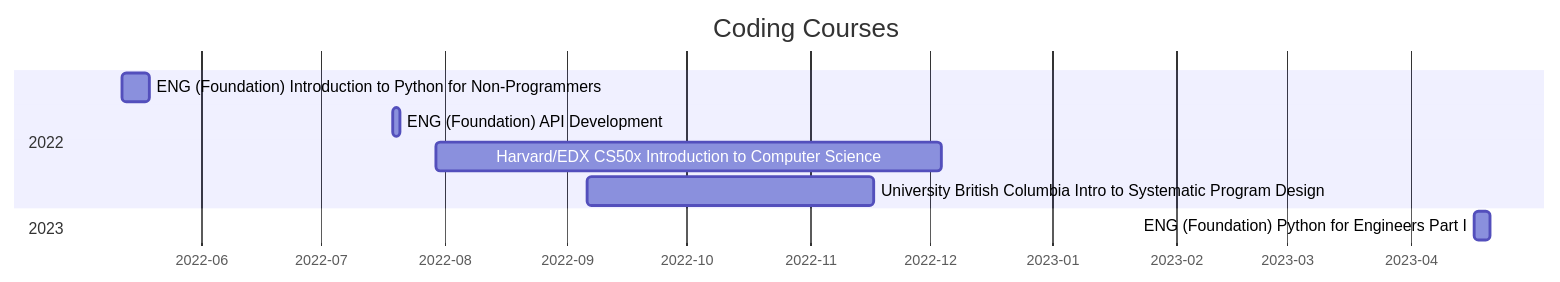
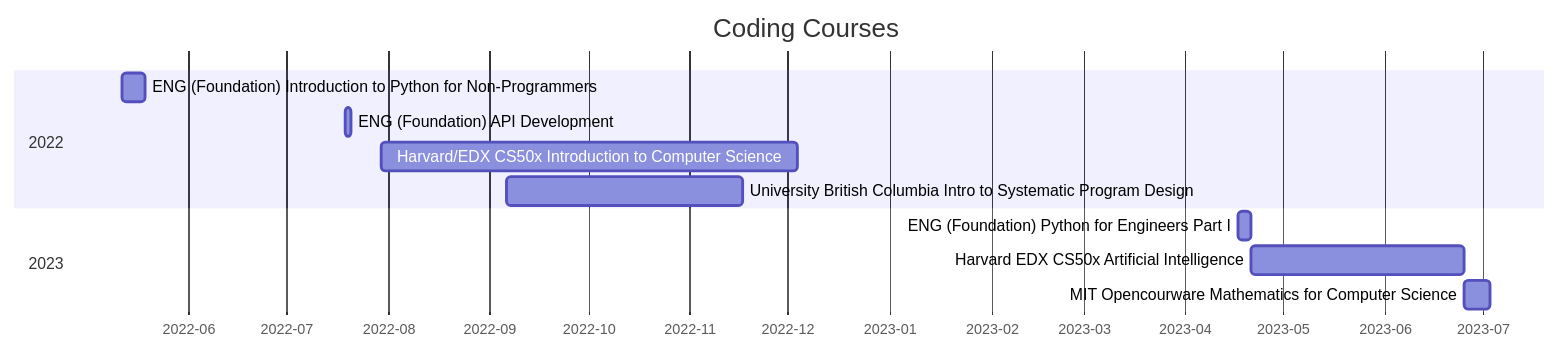
The diagram in README.md (CodyCardinal/My-Learning-Journey), drawn with Mermaid before and after one commit. The commit also changed other lines of this file, not shown here.

````diff
--- a/README.md
+++ b/README.md
@@ -3,16 +3,18 @@
 ```mermaid
 gantt
     title Coding Courses
 
     dateFormat YYYY-MM-DD
     axisFormat %Y-%m
 
 section 2022
 ENG (Foundation) Introduction to Python for Non-Programmers: 2022-05-12, 2022-05-19
 ENG (Foundation) API Development: 2022-07-19, 2022-07-21
 Harvard/EDX CS50x Introduction to Computer Science: 2022-07-30, 2022-12-04
 University British Columbia Intro to Systematic Program Design: 2022-09-06, 2022-11-17
 
 section 2023
 ENG (Foundation) Python for Engineers Part I: 2023-04-17, 2023-04-21
+Harvard EDX CS50x Artificial Intelligence: 2023-06-25
+MIT Opencourware Mathematics for Computer Science: 2023-07-03
 ```
````
